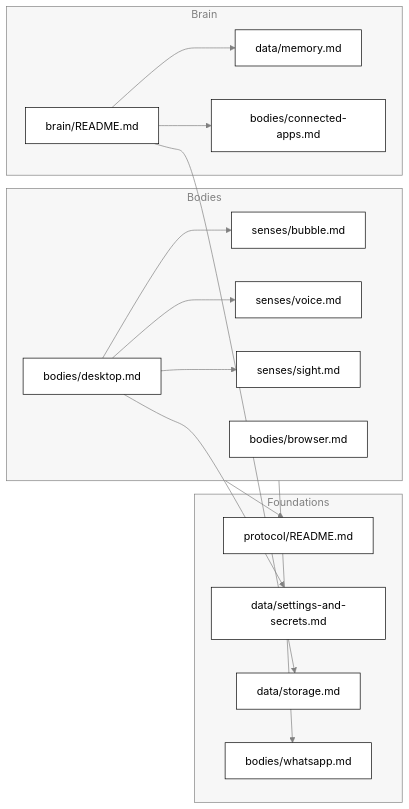
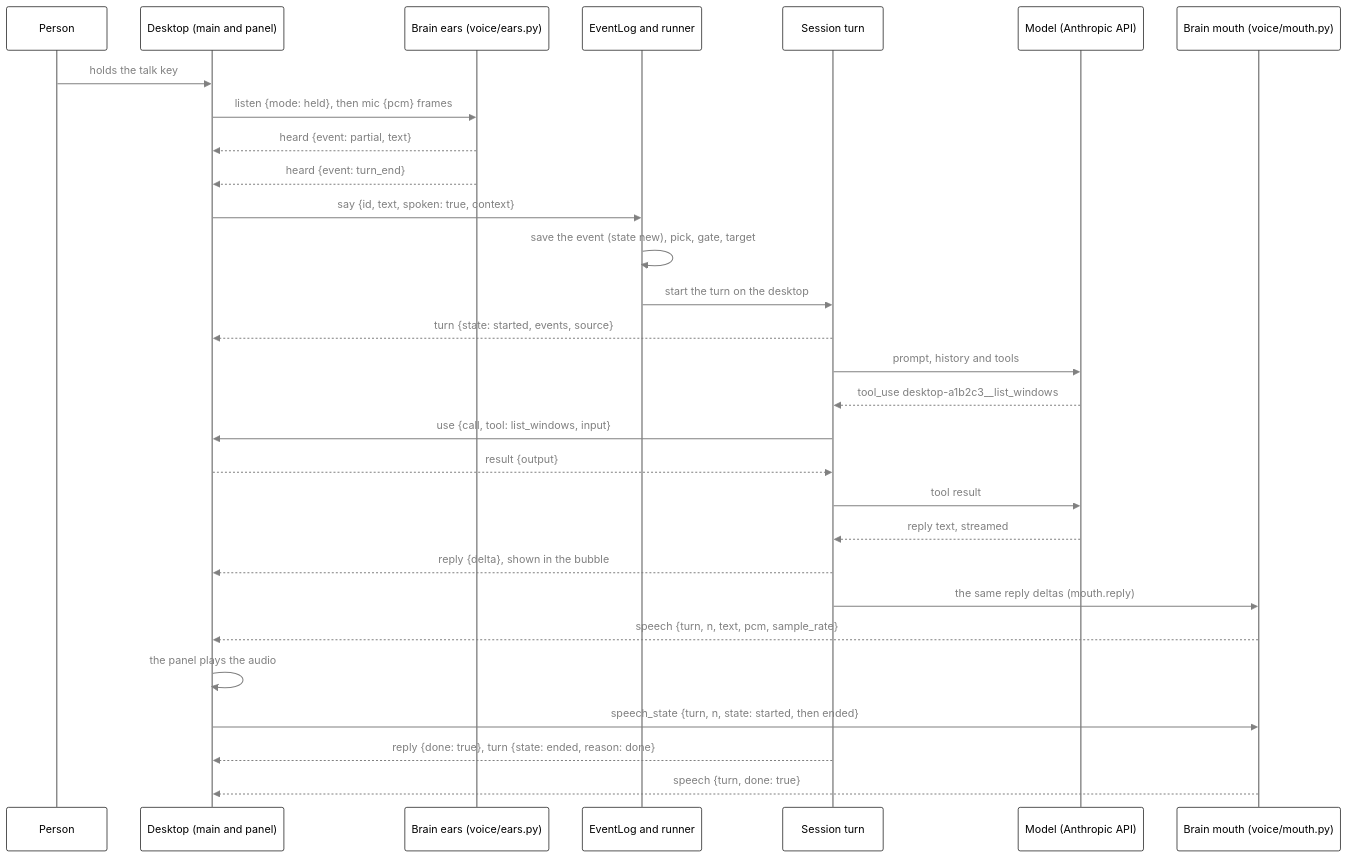
Before and after one commit to nadeem4/tagalong: the fourth of 4 diagrams in docs/architecture.md, drawn with Mermaid. The commit also changed other lines of this file and 6 other files, not shown here.

First line of the commit message:
docs: architecture overview, reading paths and protocol session flow (#432)

````diff
--- a/docs/architecture.md
+++ b/docs/architecture.md
@@ -221,31 +171,32 @@
 ```mermaid
-%%{init: {"theme": "base", "themeVariables": {"primaryColor": "#ffffff", "primaryTextColor": "#000000", "primaryBorderColor": "#000000", "lineColor": "#808080", "arrowheadColor": "#808080", "secondaryColor": "#f2f2f2", "tertiaryColor": "#ffffff", "clusterBkg": "#f7f7f7", "clusterBorder": "#808080", "edgeLabelBackground": "#ffffff", "titleColor": "#808080", "actorBkg": "#ffffff", "actorBorder": "#000000", "actorTextColor": "#000000", "actorLineColor": "#808080", "signalColor": "#808080", "signalTextColor": "#808080", "sequenceNumberColor": "#ffffff", "labelBoxBkgColor": "#ffffff", "labelBoxBorderColor": "#808080", "labelTextColor": "#000000", "loopTextColor": "#808080", "noteBkgColor": "#f7f7f7", "noteBorderColor": "#808080", "noteTextColor": "#000000", "activationBkgColor": "#f7f7f7", "activationBorderColor": "#808080", "fontFamily": "Segoe UI, Helvetica, Arial, sans-serif"}}}%%
-flowchart LR
-  subgraph Bodies
-    DK["bodies/desktop.md"]
-    BU["senses/bubble.md"]
-    VO["senses/voice.md"]
-    SI["senses/sight.md"]
-    BX["bodies/browser.md"]
-  end
-  subgraph Brain
-    BR["brain/README.md"]
-    ME["data/memory.md"]
-    CA["bodies/connected-apps.md"]
-  end
-  subgraph Foundations
-    PR["protocol/README.md"]
-    SS["data/settings-and-secrets.md"]
-    ST["data/storage.md"]
-    WA["bodies/whatsapp.md"]
-  end
-  DK --> BU
-  DK --> VO
-  DK --> SI
-  BR --> ME
-  BR --> CA
-  Bodies --> PR
-  DK --> SS
-  BR --> ST
-  Bodies --> WA
+%%{init: {"theme": "base", "themeVariables": {"primaryColor": "#ffffff", "primaryTextColor": "#000000", "primaryBorderColor": "#000000", "lineColor": "#808080", "arrowheadColor": "#808080", "secondaryColor": "#f2f2f2", "tertiaryColor": "#ffffff", "clusterBkg": "#f7f7f7", "clusterBorder": "#808080", "edgeLabelBackground": "#ffffff", "titleColor": "#808080", "actorBkg": "#ffffff", "actorBorder": "#000000", "actorTextColor": "#000000", "actorLineColor": "#808080", "signalColor": "#808080", "signalTextColor": "#808080", "sequenceNumberColor": "#ffffff", "labelBoxBkgColor": "#ffffff", "labelBoxBorderColor": "#808080", "labelTextColor": "#000000", "loopTextColor": "#808080", "noteBkgColor": "#f7f7f7", "noteBorderColor": "#808080", "noteTextColor": "#000000", "activationBkgColor": "#f7f7f7", "activationBorderColor": "#808080", "fontFamily": "Segoe UI, Helvetica, Arial, sans-serif"}, "themeCSS": ".relationshipLabelBox{opacity:1} .relationshipLabelBox rect{opacity:1}"}}%%
+sequenceDiagram
+  participant P as Person
+  participant D as Desktop (main and panel)
+  participant E as Brain ears (voice/ears.py)
+  participant L as EventLog and runner
+  participant S as Session turn
+  participant M as Model (Anthropic API)
+  participant O as Brain mouth (voice/mouth.py)
+  P->>D: holds the talk key
+  D->>E: listen {mode: held}, then mic {pcm} frames
+  E-->>D: heard {event: partial, text}
+  E-->>D: heard {event: turn_end}
+  D->>L: say {id, text, spoken: true, context}
+  L->>L: save the event (state new), pick, gate, target
+  L->>S: start the turn on the desktop
+  S-->>D: turn {state: started, events, source}
+  S->>M: prompt, history and tools
+  M-->>S: tool_use desktop-a1b2c3__list_windows
+  S->>D: use {call, tool: list_windows, input}
+  D-->>S: result {output}
+  S->>M: tool result
+  M-->>S: reply text, streamed
+  S-->>D: reply {delta}, shown in the bubble
+  S->>O: the same reply deltas (mouth.reply)
+  O-->>D: speech {turn, n, text, pcm, sample_rate}
+  D->>D: the panel plays the audio
+  D->>O: speech_state {turn, n, state: started, then ended}
+  S-->>D: reply {done: true}, turn {state: ended, reason: done}
+  O-->>D: speech {turn, done: true}
 ```
````
